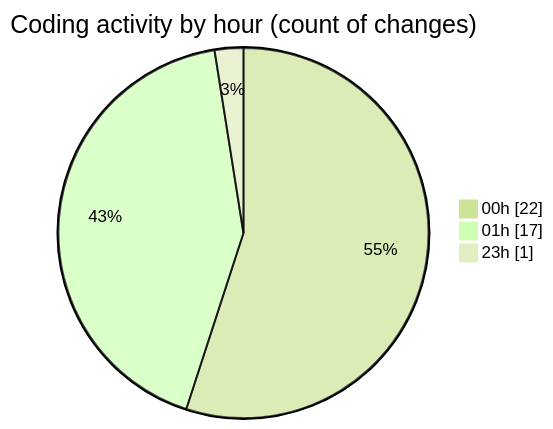
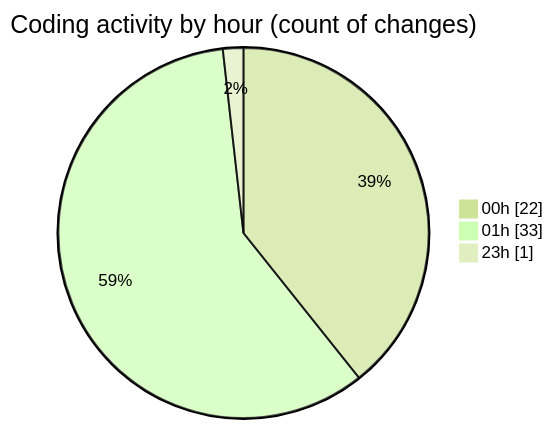
The second of 2 diagrams in 2025-07-29/refunds/README.md (EIIisD/code-tracking), drawn with Mermaid (forest theme) before and after one commit. The commit also changed other lines of this file and 1 other file, not shown here.

````diff
--- a/2025-07-29/refunds/README.md
+++ b/2025-07-29/refunds/README.md
@@ -28,7 +28,7 @@
 ```mermaid
 pie showData
 title Coding activity by hour (count of changes)
 "00h" : 22
-"01h" : 17
+"01h" : 33
 "23h" : 1
 ```
````
